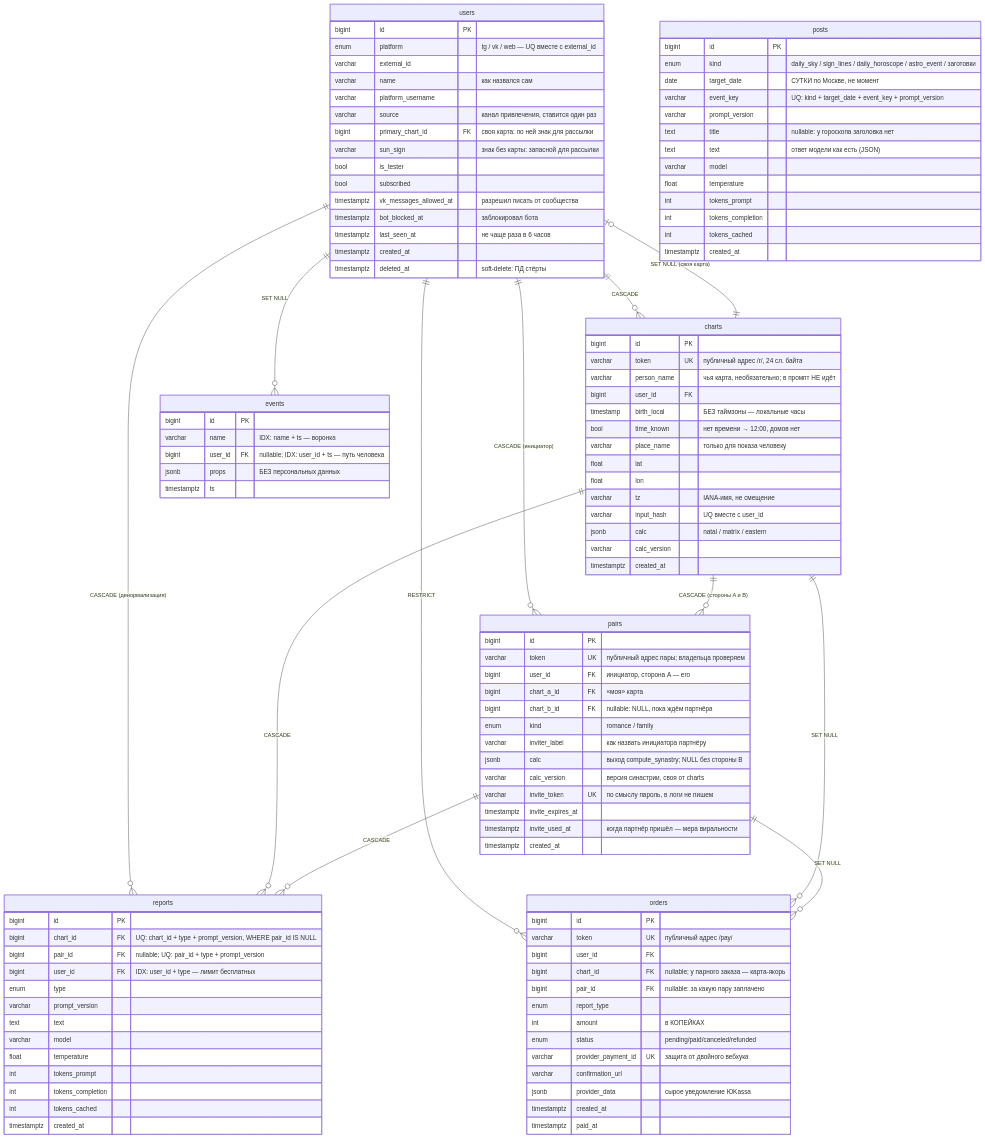
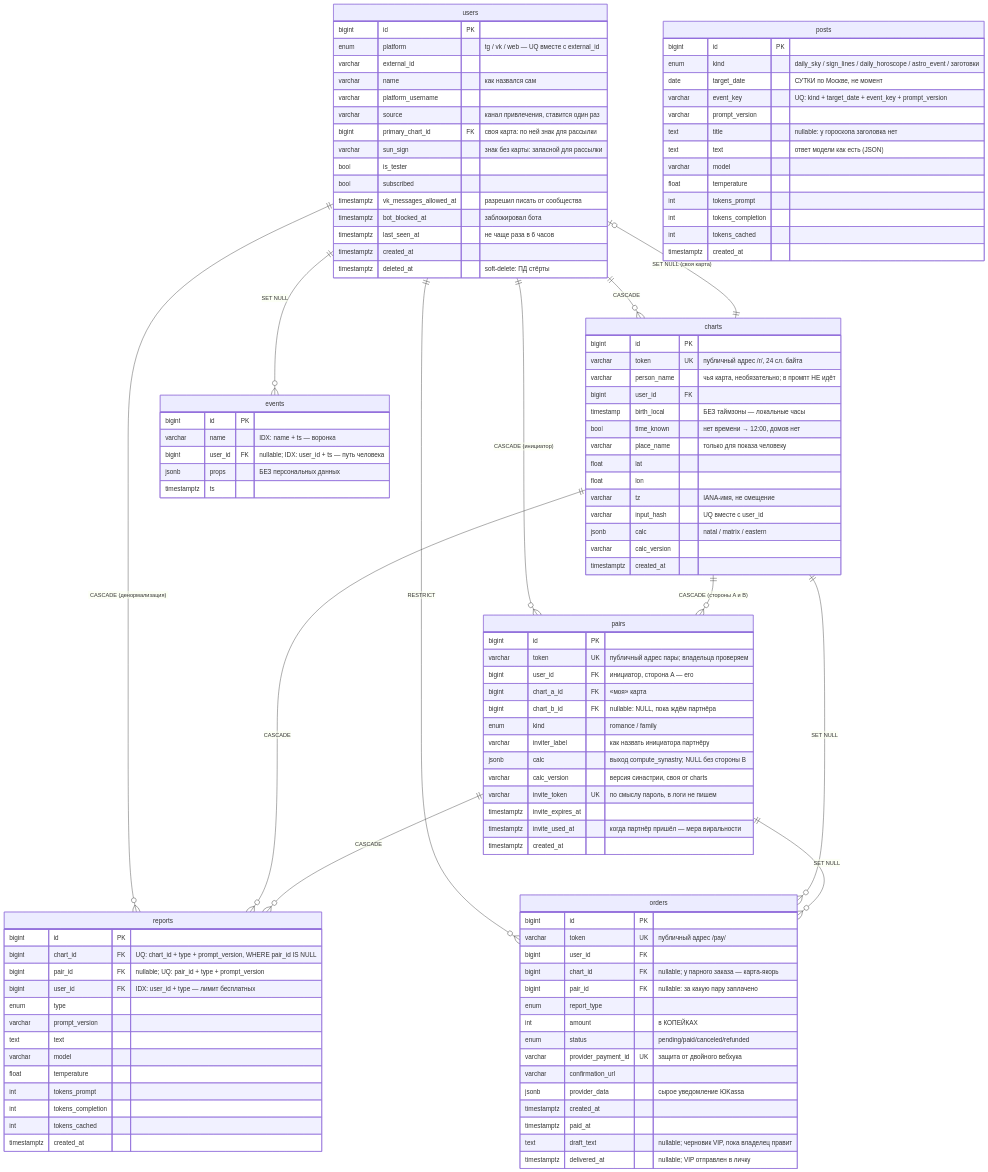
One commit to ngbaranov1970/AstroService changed the diagram in docs/db-schema.md. Above: the diagram before and after it, drawn with Mermaid. The commit also changed other lines of this file and 6 other files, not shown here.

```diff
--- a/docs/db-schema.md
+++ b/docs/db-schema.md
@@ -102,6 +102,8 @@
         jsonb    provider_data "сырое уведомление ЮKassa"
         timestamptz created_at
         timestamptz paid_at
+        text     draft_text "nullable; черновик VIP, пока владелец правит"
+        timestamptz delivered_at "nullable; VIP отправлен в личку"
     }
 
     events {
```
